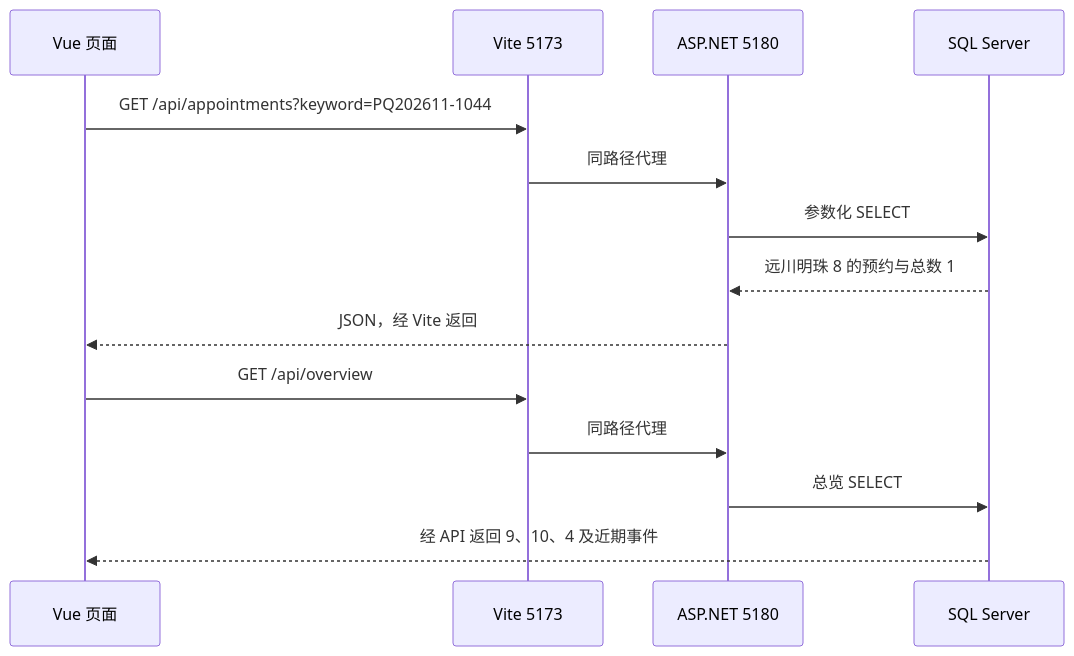
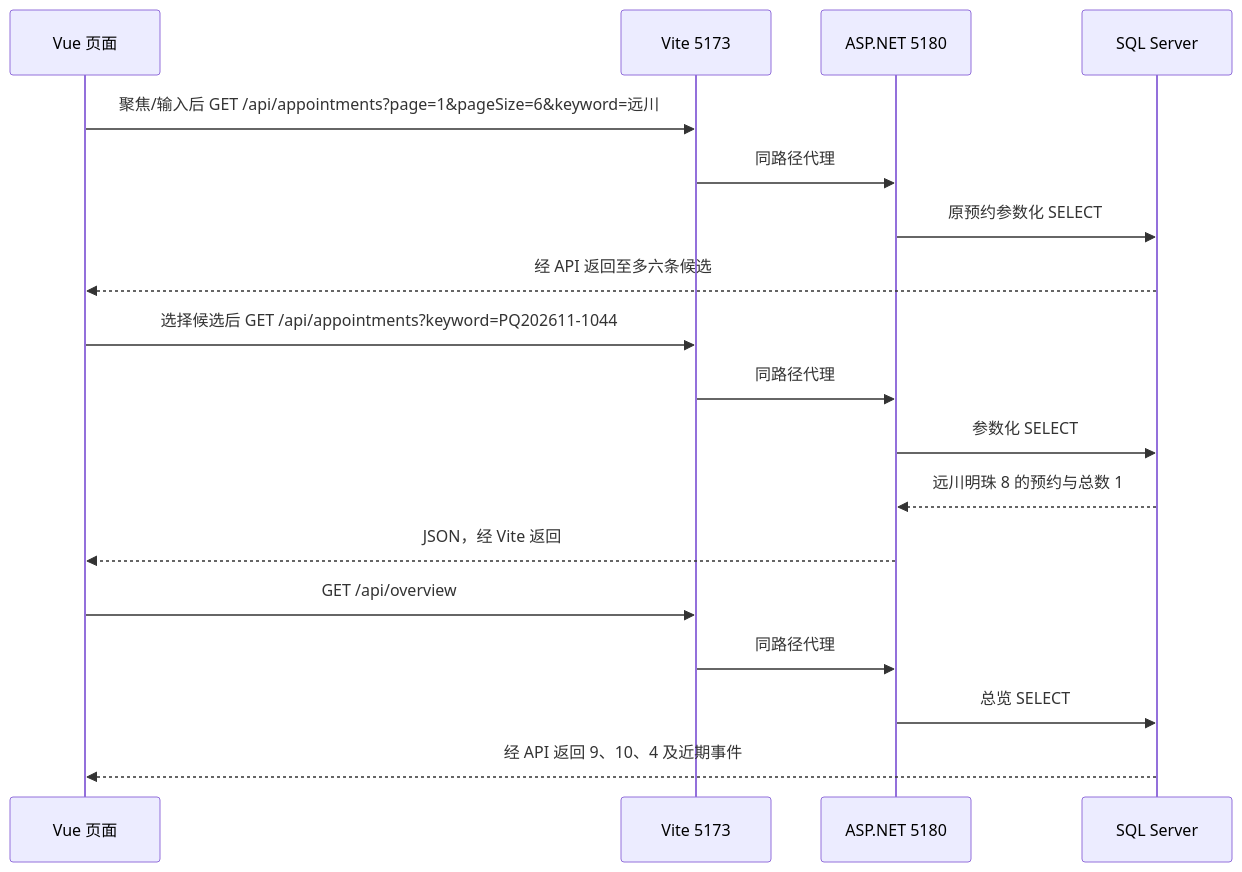
One commit to xiyue188/PortQueue changed the diagram in docs/stages/stage-2-delivery-guide.md. Above: the diagram before and after it, drawn with Mermaid. The commit also changed other lines of this file and 8 other files, not shown here.

````diff
--- a/docs/stages/stage-2-delivery-guide.md
+++ b/docs/stages/stage-2-delivery-guide.md
@@ -56,16 +61,20 @@
 ```mermaid
 sequenceDiagram
     participant U as Vue 页面
     participant V as Vite 5173
     participant A as ASP.NET 5180
     participant D as SQL Server
-    U->>V: GET /api/appointments?keyword=PQ202611-1044
+    U->>V: 聚焦/输入后 GET /api/appointments?page=1&pageSize=6&keyword=远川
+    V->>A: 同路径代理
+    A->>D: 原预约参数化 SELECT
+    D-->>U: 经 API 返回至多六条候选
+    U->>V: 选择候选后 GET /api/appointments?keyword=PQ202611-1044
     V->>A: 同路径代理
     A->>D: 参数化 SELECT
     D-->>A: 远川明珠 8 的预约与总数 1
     A-->>U: JSON，经 Vite 返回
     U->>V: GET /api/overview
     V->>A: 同路径代理
     A->>D: 总览 SELECT
     D-->>U: 经 API 返回 9、10、4 及近期事件
 ```
````
